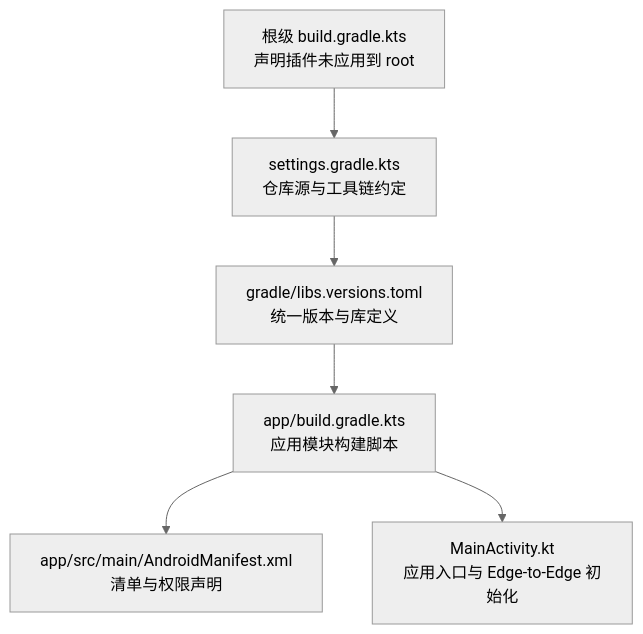
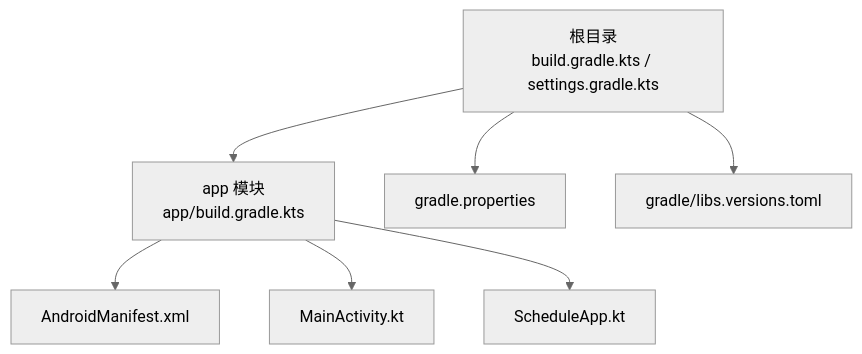
Before and after one commit to xiaobai860/paibanrili: the first of 3 diagrams in .qoder/repowiki/zh/content/快速开始.md, drawn with Mermaid (neutral theme). The commit also changed other lines of this file and 245 other files, not shown here.

````diff
--- a/.qoder/repowiki/zh/content/快速开始.md
+++ b/.qoder/repowiki/zh/content/快速开始.md
@@ -32,8 +40,9 @@
 ```mermaid
 graph TB
-A["根级 build.gradle.kts<br/>声明插件未应用到 root"] --> B["settings.gradle.kts<br/>仓库源与工具链约定"]
-B --> C["gradle/libs.versions.toml<br/>统一版本与库定义"]
-C --> D["app/build.gradle.kts<br/>应用模块构建脚本"]
-D --> E["app/src/main/AndroidManifest.xml<br/>清单与权限声明"]
-D --> F["MainActivity.kt<br/>应用入口与 Edge-to-Edge 初始化"]
+root["根目录<br/>build.gradle.kts / settings.gradle.kts"] --> app_mod["app 模块<br/>app/build.gradle.kts"]
+app_mod --> manifest["AndroidManifest.xml"]
+app_mod --> main_activity["MainActivity.kt"]
+app_mod --> schedule_app["ScheduleApp.kt"]
+root --> gradle_props["gradle.properties"]
+root --> versions_toml["gradle/libs.versions.toml"]
 ```
````
